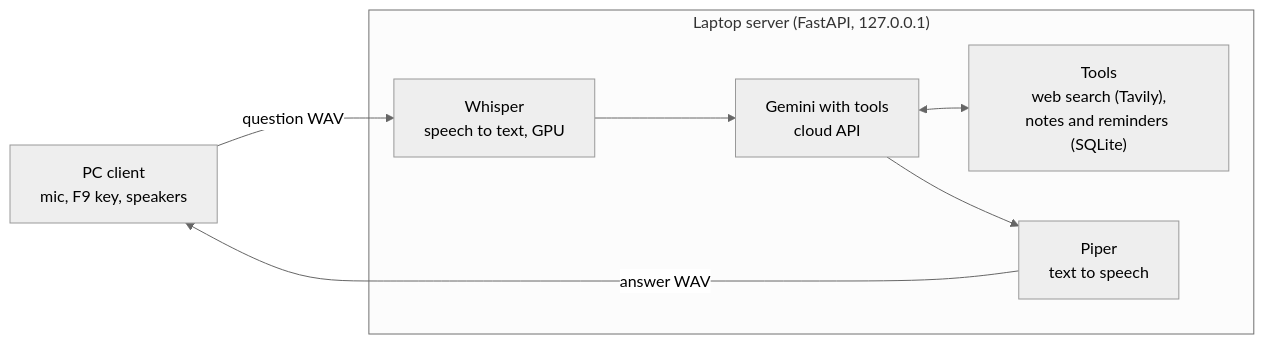
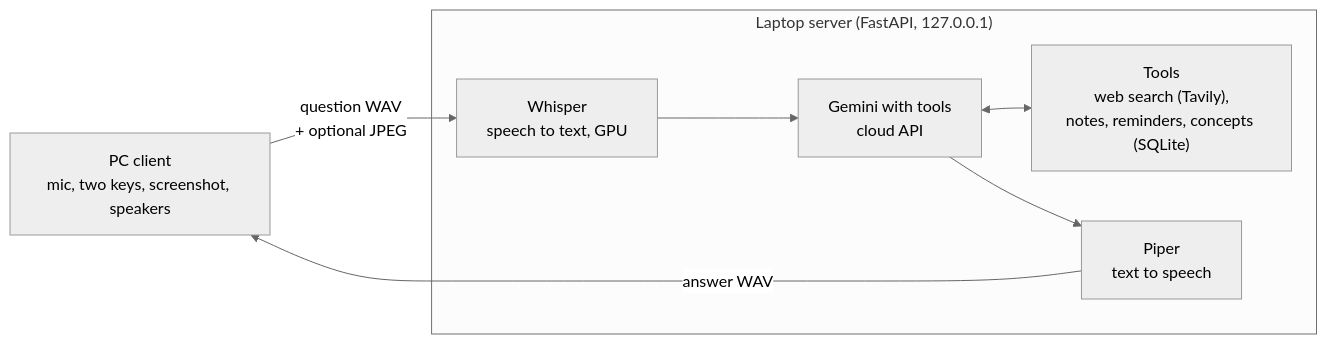
Before and after one commit to Bhavik-03/AI_glass_v1: the diagram in README.md, drawn with Mermaid (neutral theme). The commit also changed other lines of this file, not shown here.

````diff
--- a/README.md
+++ b/README.md
@@ -18,10 +23,10 @@
 ```mermaid
 flowchart LR
-    C["PC client<br/>mic, F9 key, speakers"] -->|"question WAV"| STT
+    C["PC client<br/>mic, two keys, screenshot, speakers"] -->|"question WAV<br/>+ optional JPEG"| STT
     subgraph S["Laptop server (FastAPI, 127.0.0.1)"]
         STT["Whisper<br/>speech to text, GPU"] --> LLM["Gemini with tools<br/>cloud API"]
-        LLM <--> T["Tools<br/>web search (Tavily),<br/>notes and reminders (SQLite)"]
+        LLM <--> T["Tools<br/>web search (Tavily),<br/>notes, reminders, concepts (SQLite)"]
         LLM --> TTS["Piper<br/>text to speech"]
     end
     TTS -->|"answer WAV"| C
 ```
````
